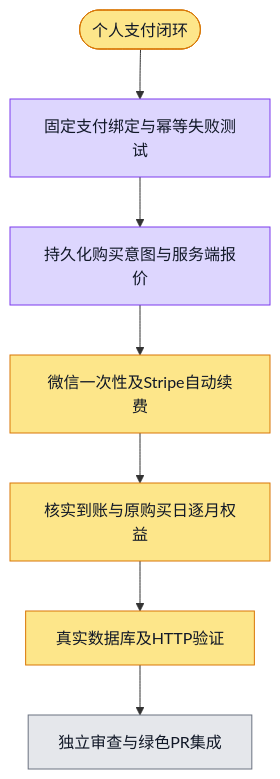
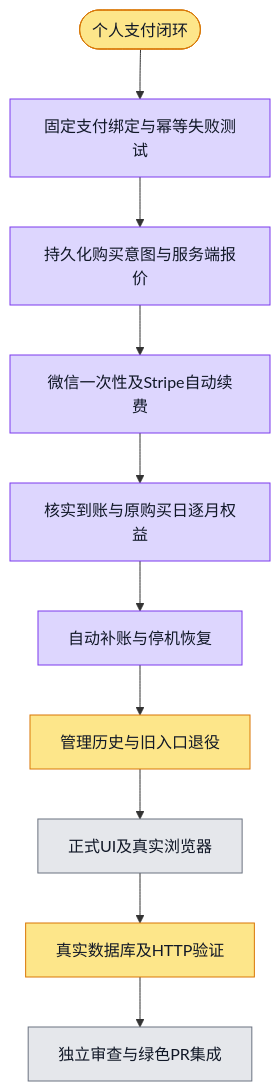
One commit to boardx/workspacex changed the diagram in phases/phase-21-billing-payment/design-deltas/personal-payments/plan.md. Above: the diagram before and after it, drawn with Mermaid. The commit also changed 20 other files, not shown here.

````diff
--- a/phases/phase-21-billing-payment/design-deltas/personal-payments/plan.md
+++ b/phases/phase-21-billing-payment/design-deltas/personal-payments/plan.md
@@ -3,25 +3,34 @@
 ```mermaid
 flowchart TD
   G([个人支付闭环])
   S1[固定支付绑定与幂等失败测试]
   S2[持久化购买意图与服务端报价]
   S3[微信一次性及Stripe自动续费]
   S4[核实到账与原购买日逐月权益]
   S5[真实数据库及HTTP验证]
+  S7[自动补账与停机恢复]
+  S8[管理历史与旧入口退役]
+  S9[正式UI及真实浏览器]
   S6[独立审查与绿色PR集成]
-  G --> S1 --> S2 --> S3 --> S4 --> S5 --> S6
+  G --> S1 --> S2 --> S3 --> S4 --> S7 --> S8 --> S9 --> S5 --> S6
   classDef todo fill:#e5e7eb,stroke:#6b7280,color:#111827
   classDef doing fill:#fde68a,stroke:#d97706,color:#111827
   classDef done fill:#bbf7d0,stroke:#16a34a,color:#111827
   classDef tested fill:#ddd6fe,stroke:#7c3aed,color:#111827
   classDef blocked fill:#fecaca,stroke:#dc2626,color:#111827
   class G doing
   class S1 tested
   %% evidence S1: provider 113 tests passed; evidence/provider-current.txt
   class S2 tested
   %% evidence S2: PostgreSQL 7 and HTTP 2 passed; evidence/intents-green.txt and http-green.txt
-  class S3 doing
-  class S4 doing
+  class S3 tested
+  %% evidence S3: provider162及PG/HTTP54，evidence/recovery-auto-*
+  class S4 tested
+  %% evidence S4: Stripe26含原锚点与重复账单，evidence/recovery-auto-pg-http.txt
   class S5 doing
+  class S7 tested
+  %% evidence S7: 177872994独立增量ACCEPT，root自动恢复与生命周期3项
+  class S8 doing
+  class S9 todo
   class S6 todo
 ```
````
